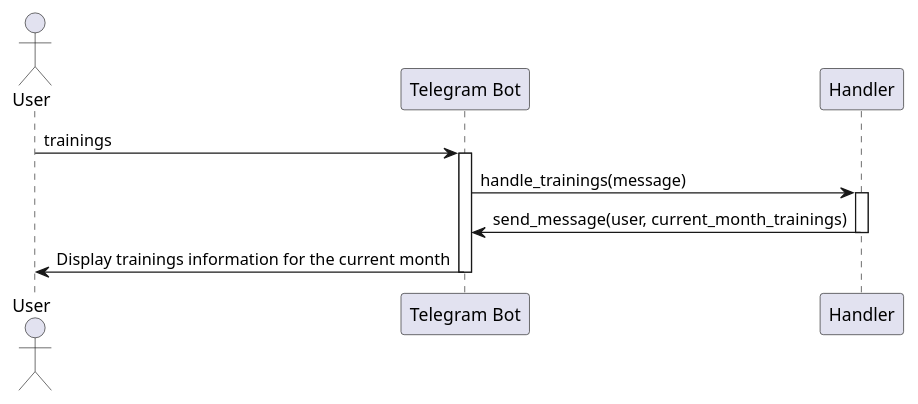
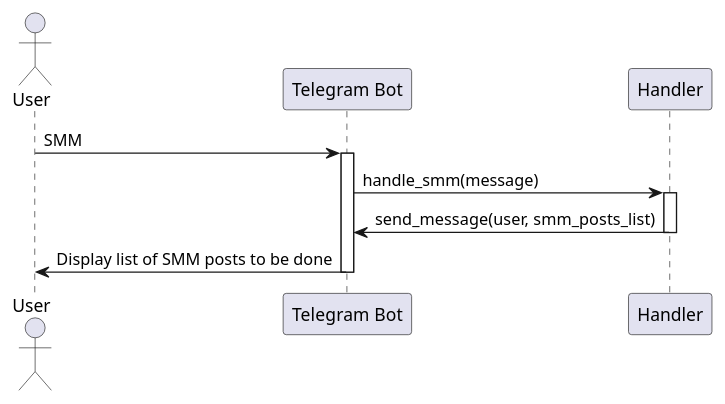
Before and after one commit to sinseiwas/PROspekt_bot: the diagram in docs/diagrams/content_plan_info.puml, drawn with PlantUML. The commit also changed 6 other files, not shown here.

Commit message:
edited diagrams

```diff
--- a/docs/diagrams/content_plan_info.puml
+++ b/docs/diagrams/content_plan_info.puml
@@ -1,14 +1,14 @@
 @startuml
 actor User
 participant "Telegram Bot" as Bot
-participant "Handler" as TrainingsHandler
+participant "Handler" as SMMHandler
 
-User -> Bot: trainings
+User -> Bot: SMM
 activate Bot
-Bot -> TrainingsHandler: handle_trainings(message)
-activate TrainingsHandler
-TrainingsHandler -> Bot: send_message(user, current_month_trainings)
-deactivate TrainingsHandler
-Bot -> User: Display trainings information for the current month
+Bot -> SMMHandler: handle_smm(message)
+activate SMMHandler
+SMMHandler -> Bot: send_message(user, smm_posts_list)
+deactivate SMMHandler
+Bot -> User: Display list of SMM posts to be done
 deactivate Bot
 @enduml
```
